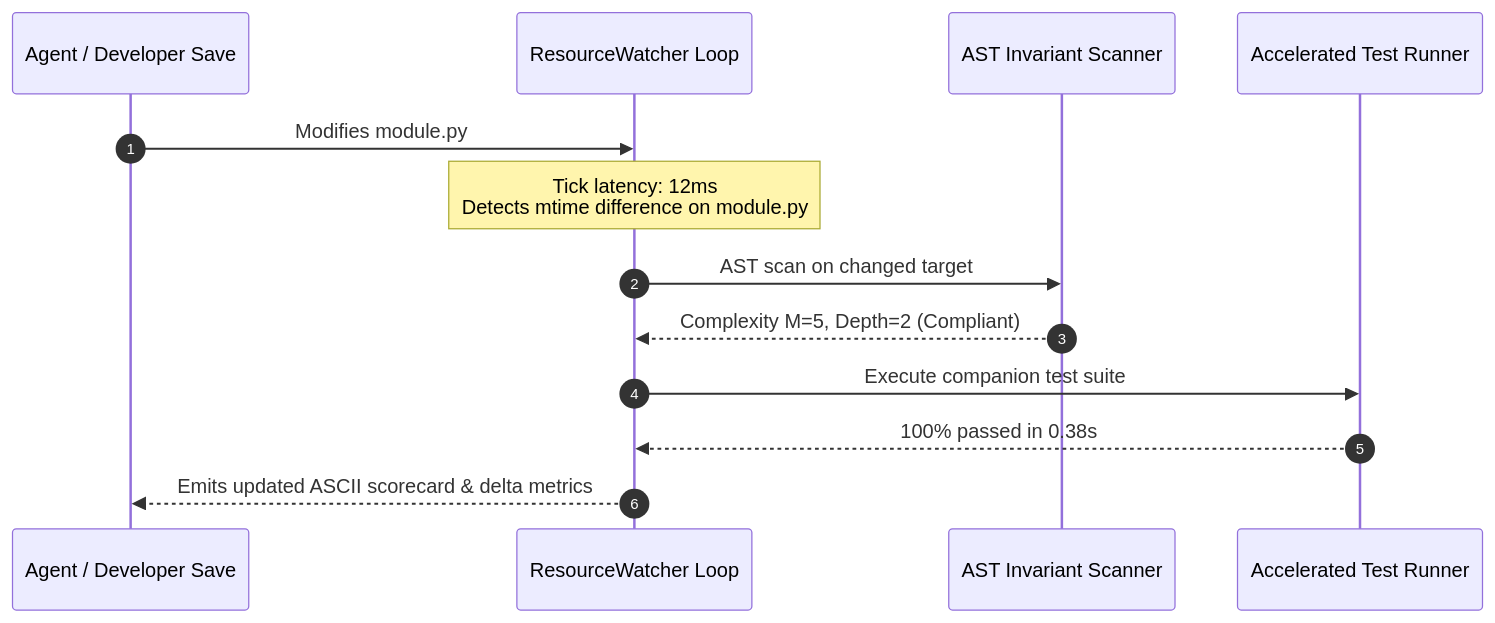
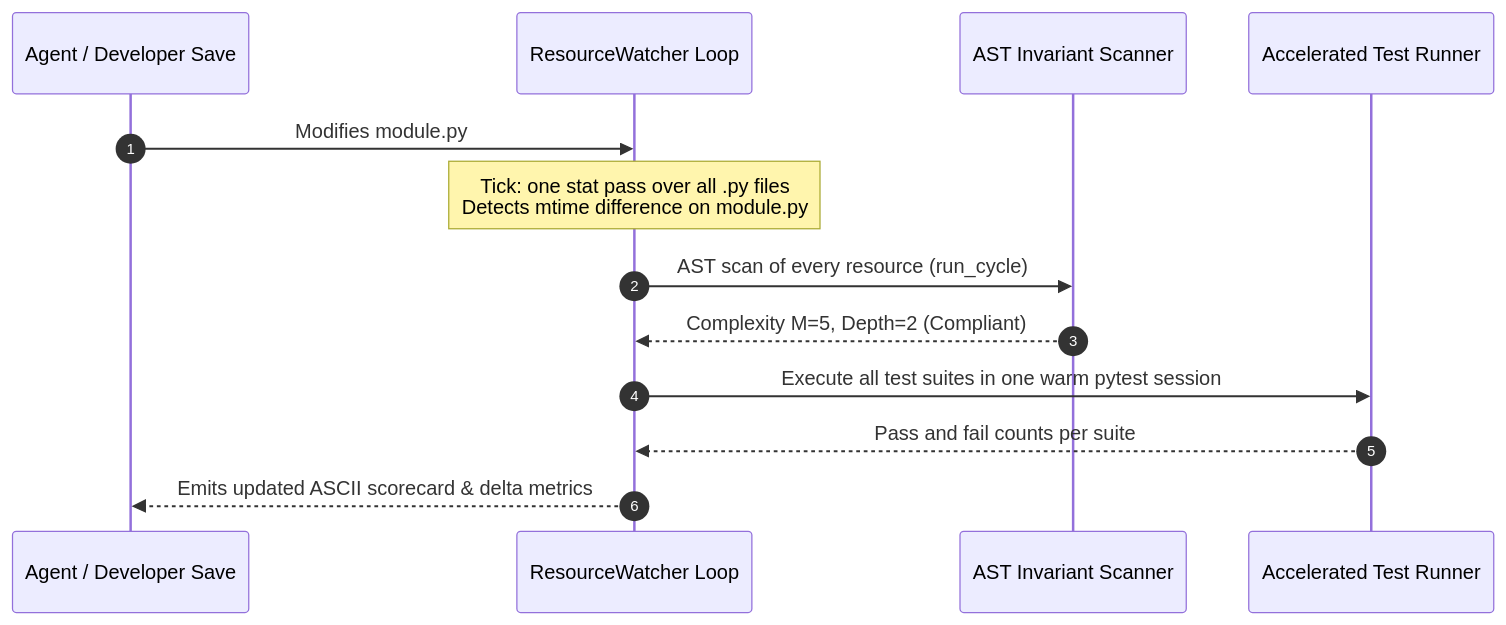
Before and after one commit to dan-petty/vibes: the second of 2 diagrams in observations/systems/03-event-driven-file-watchers-and-continuous-invariant-loops.md, drawn with Mermaid. The commit also changed other lines of this file and 248 other files, not shown here.

````diff
--- a/observations/systems/03-event-driven-file-watchers-and-continuous-invariant-loops.md
+++ b/observations/systems/03-event-driven-file-watchers-and-continuous-invariant-loops.md
@@ -117,16 +113,16 @@
 ```mermaid
 sequenceDiagram
     autonumber
     participant Editor as Agent / Developer Save
     participant Watcher as ResourceWatcher Loop
     participant Scanner as AST Invariant Scanner
     participant Runner as Accelerated Test Runner
 
     Editor->>Watcher: Modifies module.py
-    Note over Watcher: Tick latency: 12ms<br/>Detects mtime difference on module.py
-    Watcher->>Scanner: AST scan on changed target
+    Note over Watcher: Tick: one stat pass over all .py files<br/>Detects mtime difference on module.py
+    Watcher->>Scanner: AST scan of every resource (run_cycle)
     Scanner-->>Watcher: Complexity M=5, Depth=2 (Compliant)
-    Watcher->>Runner: Execute companion test suite
-    Runner-->>Watcher: 100% passed in 0.38s
+    Watcher->>Runner: Execute all test suites in one warm pytest session
+    Runner-->>Watcher: Pass and fail counts per suite
     Watcher-->>Editor: Emits updated ASCII scorecard & delta metrics
 ```
````
